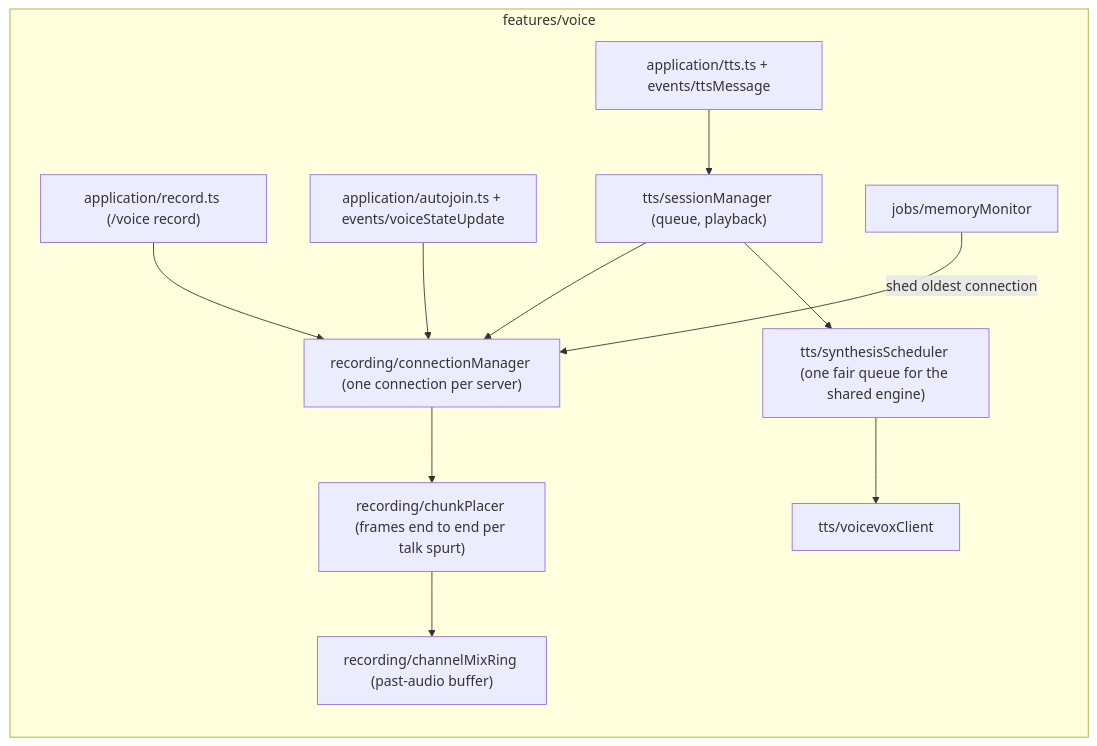
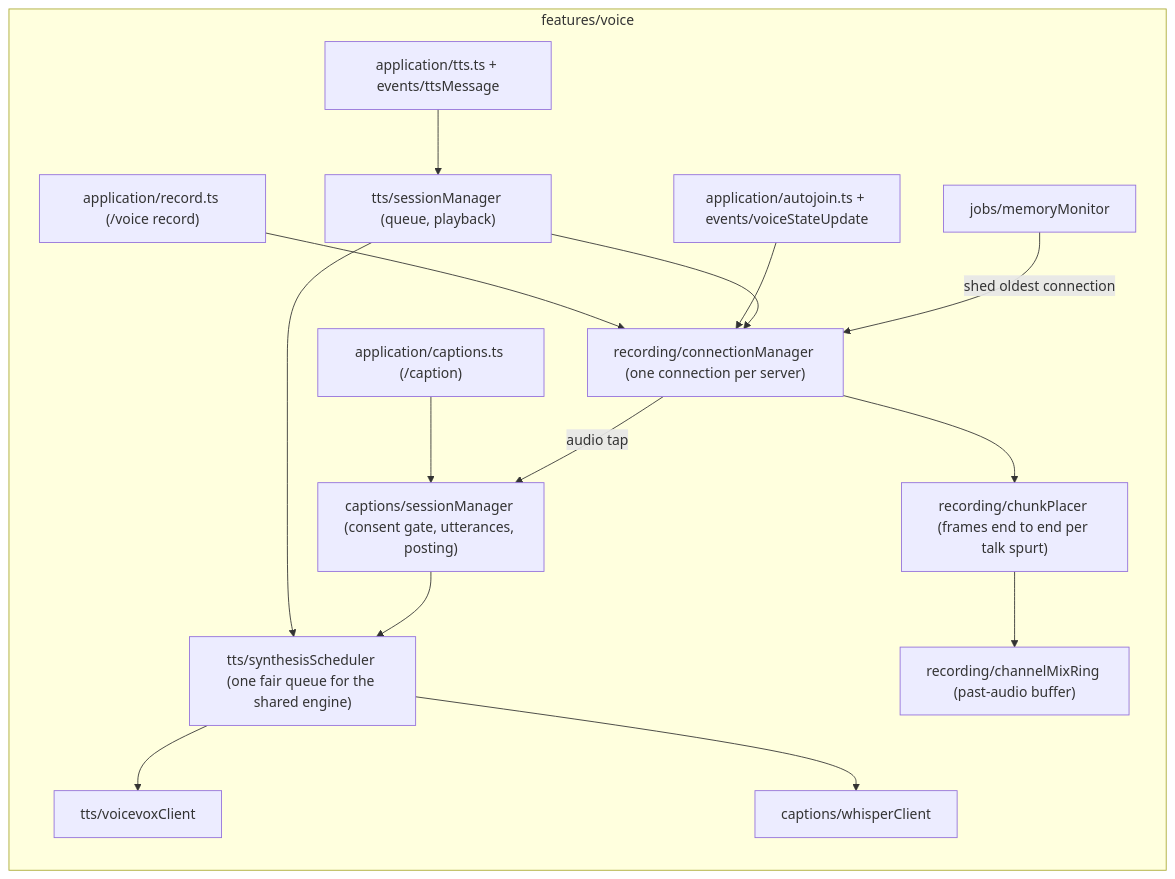
One commit to iam74k4/Bot-Discord changed the fifth of 6 diagrams in docs/architecture.md. Above: the diagram before and after it, drawn with Mermaid. The commit also changed other lines of this file and 45 other files, not shown here.

First line of the commit message:
feat(captions): /caption — 同意した人の声だけをVCチャットに字幕表示（Whisper） (#230)

````diff
--- a/docs/architecture.md
+++ b/docs/architecture.md
@@ -254,25 +261,32 @@
 ```mermaid
 flowchart LR
   subgraph voice["features/voice"]
     record["application/record.ts (/voice record)"]
     autojoin["application/autojoin.ts + events/voiceStateUpdate"]
     tts["application/tts.ts + events/ttsMessage"]
     cm["recording/connectionManager (one connection per server)"]
     placer["recording/chunkPlacer (frames end to end per talk spurt)"]
     ring["recording/channelMixRing (past-audio buffer)"]
     tsm["tts/sessionManager (queue, playback)"]
     sched["tts/synthesisScheduler (one fair queue for the shared engine)"]
     vv["tts/voicevoxClient"]
+    captions["application/captions.ts (/caption)"]
+    csm["captions/sessionManager (consent gate, utterances, posting)"]
+    wc["captions/whisperClient"]
     mem["jobs/memoryMonitor"]
   end
 
   record --> cm
   autojoin --> cm
   tts --> tsm
   tsm --> cm
   tsm --> sched
   sched --> vv
+  captions --> csm
+  cm -- "audio tap" --> csm
+  csm --> sched
+  sched --> wc
   cm --> placer
   placer --> ring
   mem -- "shed oldest connection" --> cm
 ```
````
